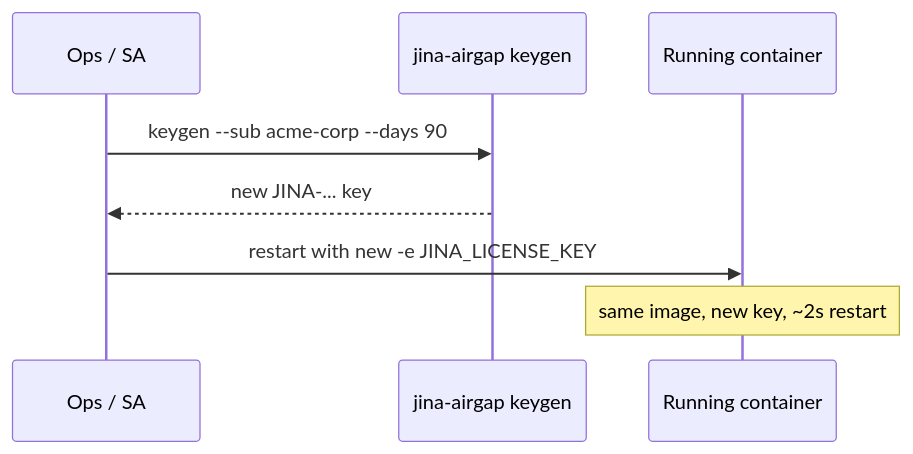
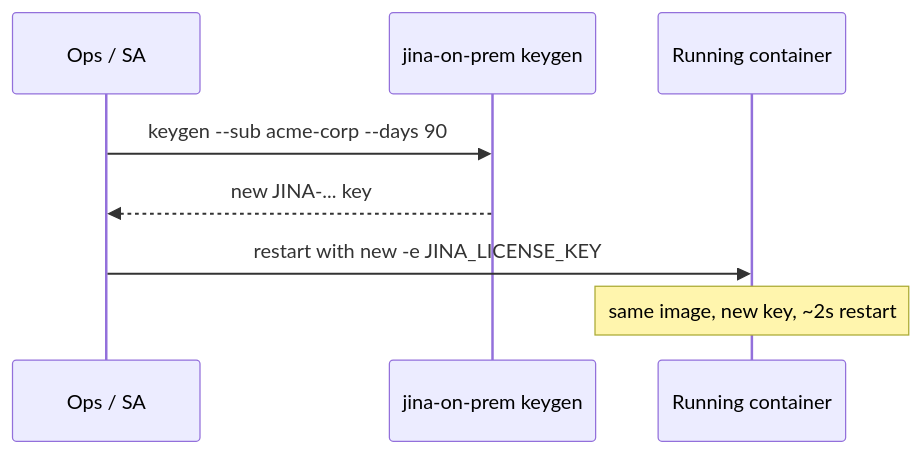
Before and after one commit to jina-ai/jina-on-prem: the second of 2 diagrams in docs/Licensing.md, drawn with Mermaid. The commit also changed other lines of this file and 36 other files, not shown here.

First line of the commit message:
refactor: rename Jina AirGap to Jina On-Prem (#34)

````diff
--- a/docs/Licensing.md
+++ b/docs/Licensing.md
@@ -158,11 +158,11 @@
 ```mermaid
 sequenceDiagram
     participant Ops as Ops / SA
-    participant CLI as jina-airgap keygen
+    participant CLI as jina-on-prem keygen
     participant C as Running container
 
     Ops->>CLI: keygen --sub acme-corp --days 90
     CLI-->>Ops: new JINA-... key
     Ops->>C: restart with new -e JINA_LICENSE_KEY
     Note over C: same image, new key, ~2s restart
 ```
````
